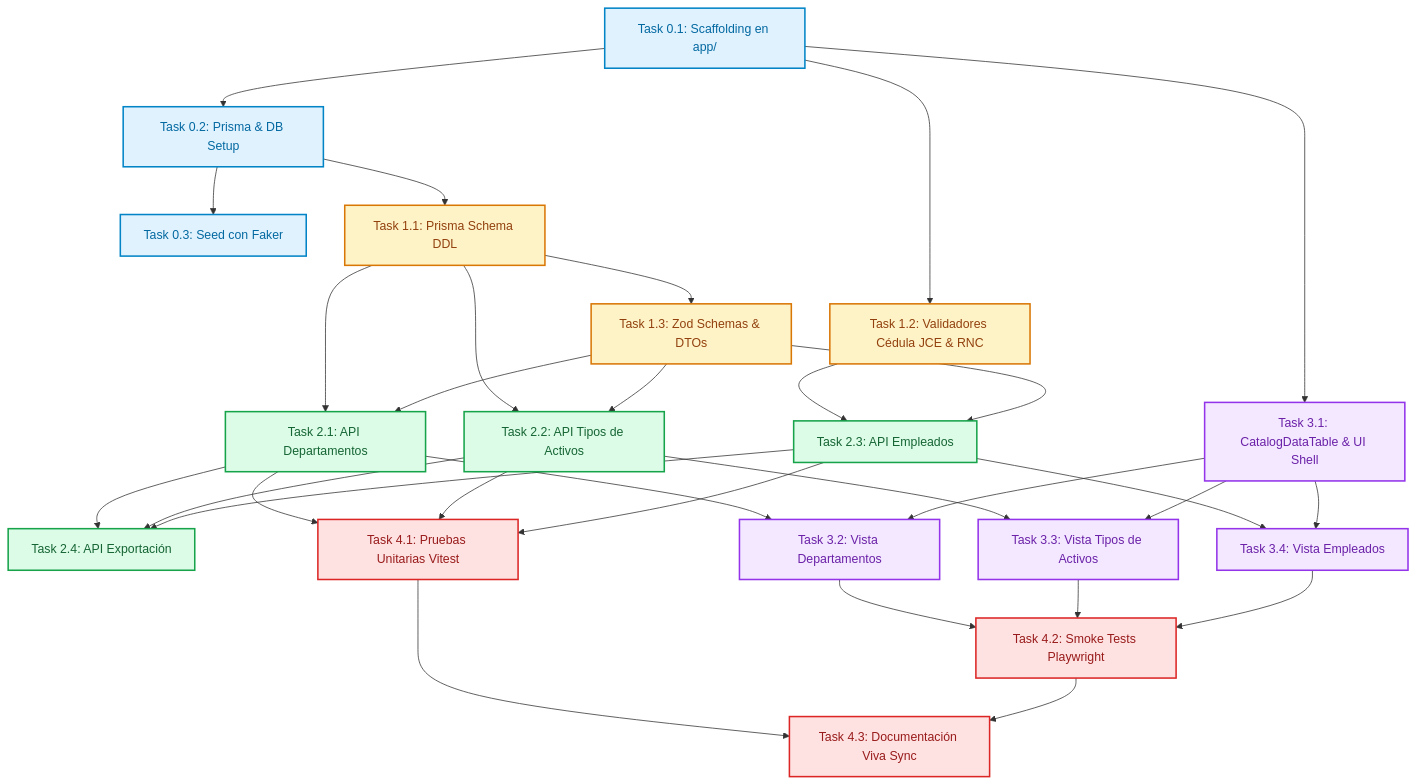
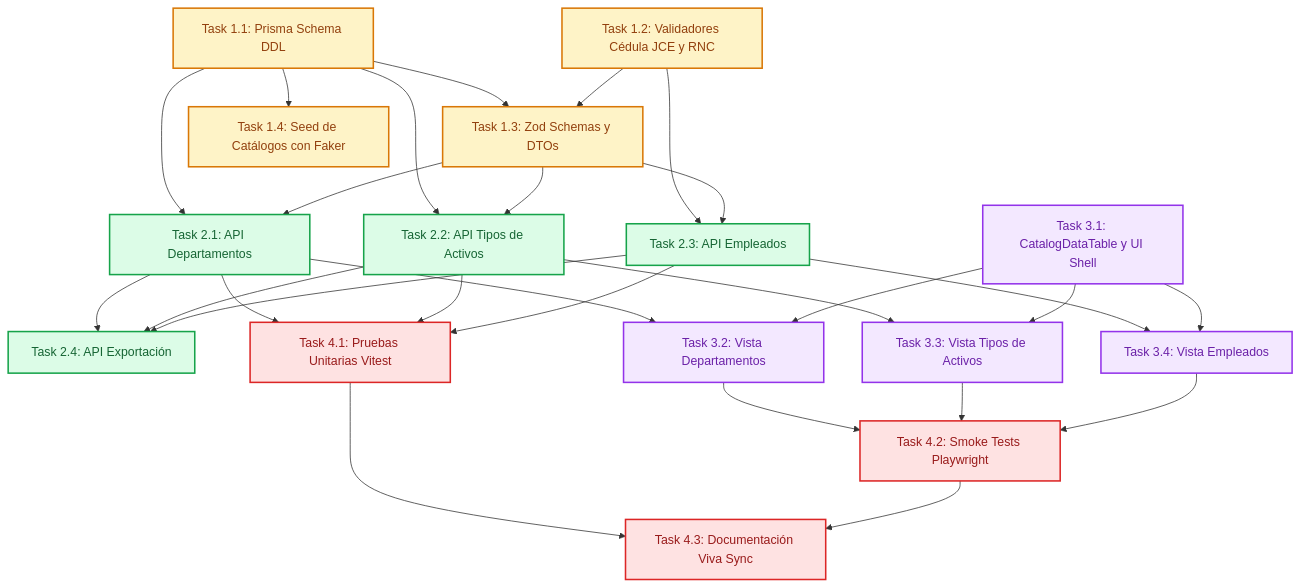
One commit to JeremyJS20/activa_core changed the diagram in specs/activos-fijos/01-catalogos-base/tasks.md. Above: the diagram before and after it, drawn with Mermaid. The commit also changed other lines of this file, not shown here.

Commit message:
docs(catalogos-base): omit wave 0 scaffolding from tasks in favor of module 00

````diff
--- a/specs/activos-fijos/01-catalogos-base/tasks.md
+++ b/specs/activos-fijos/01-catalogos-base/tasks.md
@@ -25,42 +25,37 @@
 ```mermaid
 graph TD
-    classDef setupStyle fill:#e0f2fe,stroke:#0284c7,stroke-width:2px,color:#0369a1;
     classDef fdnStyle fill:#fef3c7,stroke:#d97706,stroke-width:2px,color:#92400e;
     classDef coreStyle fill:#dcfce7,stroke:#16a34a,stroke-width:2px,color:#166534;
     classDef uiStyle fill:#f3e8ff,stroke:#9333ea,stroke-width:2px,color:#6b21a8;
     classDef testStyle fill:#fee2e2,stroke:#dc2626,stroke-width:2px,color:#991b1b;
 
-    T0_1["Task 0.1: Scaffolding en app/"]:::setupStyle --> T0_2["Task 0.2: Prisma & DB Setup"]:::setupStyle
-    T0_2 --> T0_3["Task 0.3: Seed con Faker"]:::setupStyle
-
-    T0_2 --> T1_1["Task 1.1: Prisma Schema DDL"]:::fdnStyle
-    T0_1 --> T1_2["Task 1.2: Validadores Cédula JCE & RNC"]:::fdnStyle
-    T1_1 --> T1_3["Task 1.3: Zod Schemas & DTOs"]:::fdnStyle
+    T1_1["Task 1.1: Prisma Schema DDL"]:::fdnStyle --> T1_3["Task 1.3: Zod Schemas y DTOs"]:::fdnStyle
+    T1_1 --> T1_4["Task 1.4: Seed de Catálogos con Faker"]:::fdnStyle
+    T1_2["Task 1.2: Validadores Cédula JCE y RNC"]:::fdnStyle --> T1_3
 
     T1_1 --> T2_1["Task 2.1: API Departamentos"]:::coreStyle
     T1_3 --> T2_1
     T1_1 --> T2_2["Task 2.2: API Tipos de Activos"]:::coreStyle
     T1_3 --> T2_2
     T1_2 --> T2_3["Task 2.3: API Empleados"]:::coreStyle
     T1_3 --> T2_3
     T2_1 --> T2_4["Task 2.4: API Exportación"]:::coreStyle
     T2_2 --> T2_4
     T2_3 --> T2_4
 
-    T0_1 --> T3_1["Task 3.1: CatalogDataTable & UI Shell"]:::uiStyle
     T2_1 --> T3_2["Task 3.2: Vista Departamentos"]:::uiStyle
-    T3_1 --> T3_2
+    T3_1["Task 3.1: CatalogDataTable y UI Shell"]:::uiStyle --> T3_2
     T2_2 --> T3_3["Task 3.3: Vista Tipos de Activos"]:::uiStyle
     T3_1 --> T3_3
     T2_3 --> T3_4["Task 3.4: Vista Empleados"]:::uiStyle
     T3_1 --> T3_4
 
     T2_1 --> T4_1["Task 4.1: Pruebas Unitarias Vitest"]:::testStyle
     T2_2 --> T4_1
     T2_3 --> T4_1
     T3_2 --> T4_2["Task 4.2: Smoke Tests Playwright"]:::testStyle
     T3_3 --> T4_2
     T3_4 --> T4_2
     T4_1 --> T4_3["Task 4.3: Documentación Viva Sync"]:::testStyle
     T4_2 --> T4_3
 ```
````
